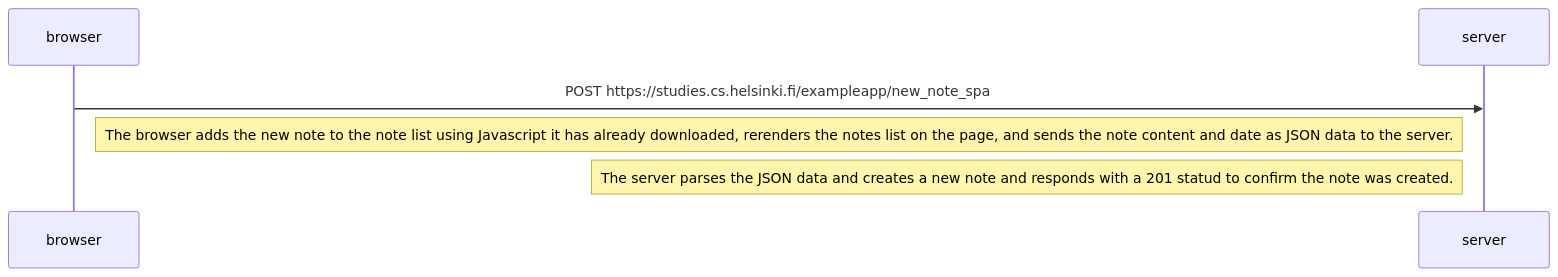
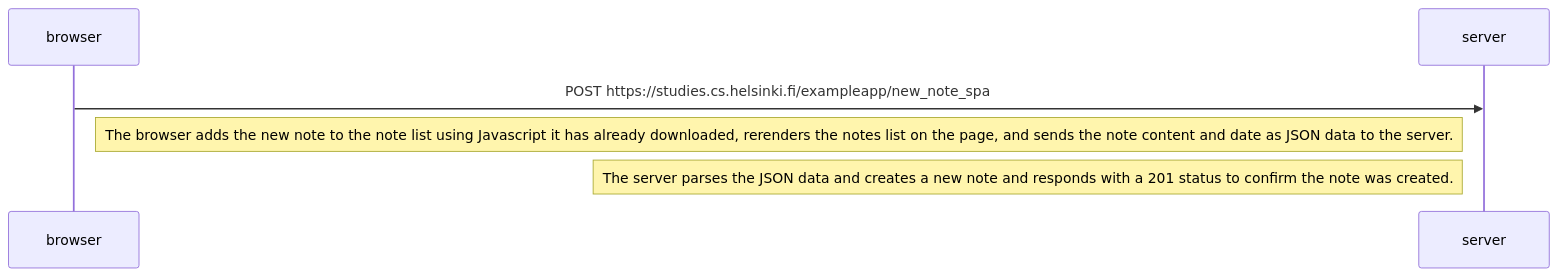
The diagram in Part 0/0.6: New note in Single page app diagram/diagram.md (bryanparmelee/full-stack-open), drawn with Mermaid before and after one commit.

````diff
--- a/Part 0/0.6: New note in Single page app diagram/diagram.md
+++ b/Part 0/0.6: New note in Single page app diagram/diagram.md
@@ -1,11 +1,11 @@
 ```mermaid
 sequenceDiagram
     participant browser
     participant server
 
     browser->>server: POST https://studies.cs.helsinki.fi/exampleapp/new_note_spa
 
     Note right of browser: The browser adds the new note to the note list using Javascript it has already downloaded, rerenders the notes list on the page, and sends the note content and date as JSON data to the server.
 
-    Note left of server: The server parses the JSON data and creates a new note and responds with a 201 statud to confirm the note was created.
+    Note left of server: The server parses the JSON data and creates a new note and responds with a 201 status to confirm the note was created.
 ```
````
